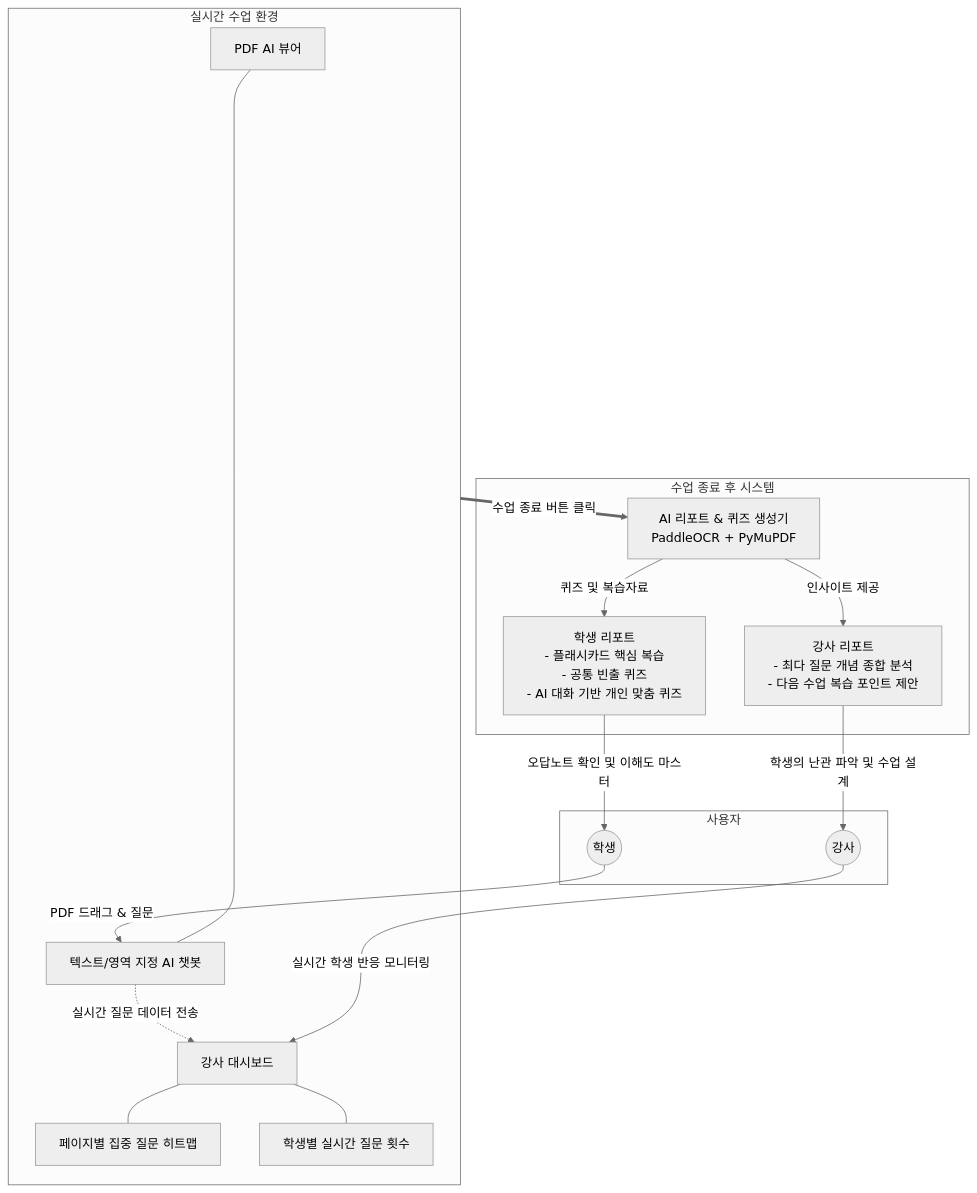
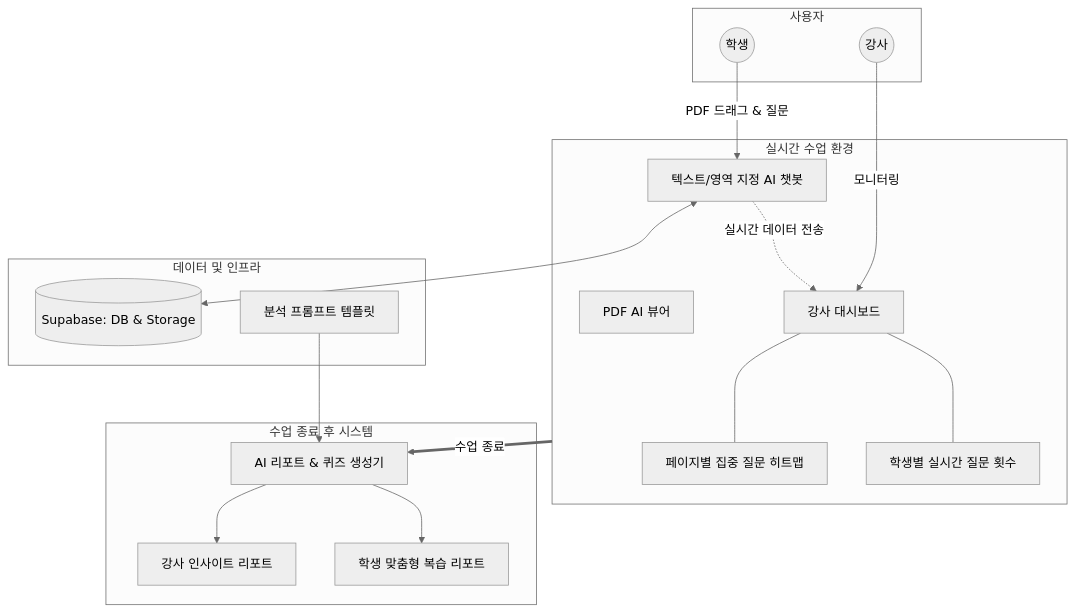
One commit to juwon1217/kit-contest changed the diagram in README.md. Above: the diagram before and after it, drawn with Mermaid (neutral theme). The commit also changed other lines of this file and 15 other files, not shown here.

Commit message:
docs: update README with screenshots and detailed user flow

````diff
--- a/README.md
+++ b/README.md
@@ -40,41 +52,37 @@
 ```mermaid
 graph TD
-    %% 사용자 영역
     subgraph Users[사용자]
         Student((학생))
         Instructor((강사))
     end
 
-    %% 수업 진행 (실시간)
     subgraph LiveClass[실시간 수업 환경]
         PDFViewer[PDF AI 뷰어]
         AI_Chat[텍스트/영역 지정 AI 챗봇]
         TeacherDashboard[강사 대시보드]
         Heatmap[페이지별 집중 질문 히트맵]
         StudentActivity[학생별 실시간 질문 횟수]
     end
 
-    %% 수업 종료 후 리포트
-    subgraph PostClass[수업 종료 후 시스템]
-        ReportGen[AI 리포트 & 퀴즈 생성기<br/>PaddleOCR + PyMuPDF]
-        
-        InstructorReport[강사 리포트<br/>- 최다 질문 개념 종합 분석<br/>- 다음 수업 복습 포인트 제안]
-        StudentReport[학생 리포트<br/>- 플래시카드 핵심 복습<br/>- 공통 빈출 퀴즈<br/>- AI 대화 기반 개인 맞춤 퀴즈]
+    subgraph Infrastructure[데이터 및 인프라]
+        Supabase[(Supabase: DB & Storage)]
+        PromptTemplate[분석 프롬프트 템플릿]
     end
 
-    %% 데이터 흐름
+    subgraph PostClass[수업 종료 후 시스템]
+        ReportGen[AI 리포트 & 퀴즈 생성기]
+        InstructorReport[강사 인사이트 리포트]
+        StudentReport[학생 맞춤형 복습 리포트]
+    end
+
     Student -->|PDF 드래그 & 질문| AI_Chat
-    AI_Chat -.->|실시간 질문 데이터 전송| TeacherDashboard
-    PDFViewer --- AI_Chat
+    AI_Chat -.->|실시간 데이터 전송| TeacherDashboard
+    AI_Chat <--> Supabase
     
     TeacherDashboard --- Heatmap & StudentActivity
-    Instructor -->|실시간 학생 반응 모니터링| TeacherDashboard
+    Instructor -->|모니터링| TeacherDashboard
     
-    LiveClass ==============> |수업 종료 버튼 클릭| ReportGen
-    
-    ReportGen --> |인사이트 제공| InstructorReport
-    ReportGen --> |퀴즈 및 복습자료| StudentReport
-    
-    InstructorReport --> |학생의 난관 파악 및 수업 설계| Instructor
-    StudentReport --> |오답노트 확인 및 이해도 마스터| Student
+    LiveClass ==> |수업 종료| ReportGen
+    PromptTemplate --> ReportGen
+    ReportGen --> InstructorReport & StudentReport
 ```
````
